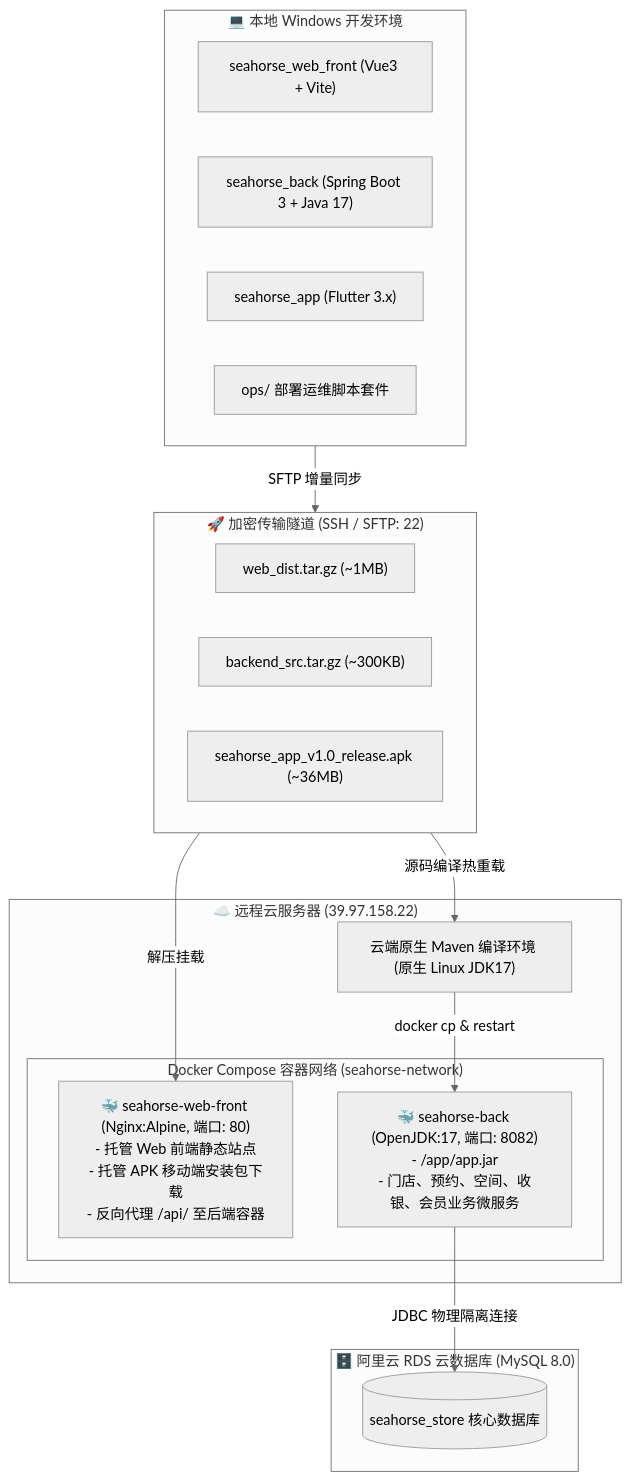
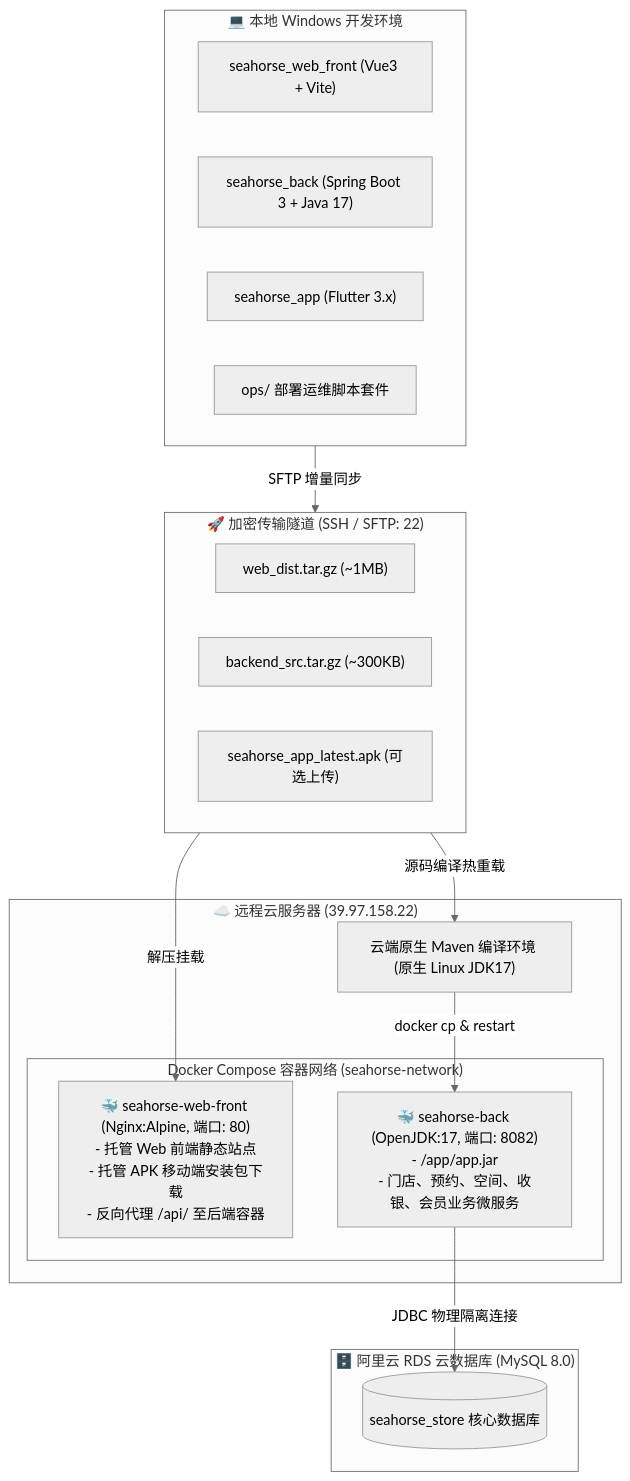
One commit to wmsir/Seahorse changed the diagram in docs/DOCKER_DEPLOY_TUTORIAL.md. Above: the diagram before and after it, drawn with Mermaid (neutral theme). The commit also changed other lines of this file and 297 other files, not shown here.

````diff
--- a/docs/DOCKER_DEPLOY_TUTORIAL.md
+++ b/docs/DOCKER_DEPLOY_TUTORIAL.md
@@ -15,33 +15,33 @@
 ```mermaid
 flowchart TD
     subgraph Local["💻 本地 Windows 开发环境"]
         SrcFront["seahorse_web_front (Vue3 + Vite)"]
         SrcBack["seahorse_back (Spring Boot 3 + Java 17)"]
         SrcApp["seahorse_app (Flutter 3.x)"]
         OpsTool["ops/ 部署运维脚本套件"]
     end
 
     subgraph Transport["🚀 加密传输隧道 (SSH / SFTP: 22)"]
         PackFront["web_dist.tar.gz (~1MB)"]
         PackBack["backend_src.tar.gz (~300KB)"]
-        PackApp["seahorse_app_v1.0_release.apk (~36MB)"]
+        PackApp["seahorse_app_latest.apk (可选上传)"]
     end
 
     subgraph Remote["☁️ 远程云服务器 (39.97.158.22)"]
         subgraph DockerNet["Docker Compose 容器网络 (seahorse-network)"]
             NginxBox["🐳 seahorse-web-front (Nginx:Alpine, 端口: 80)\n- 托管 Web 前端静态站点\n- 托管 APK 移动端安装包下载\n- 反向代理 /api/ 至后端容器"]
             SpringBox["🐳 seahorse-back (OpenJDK:17, 端口: 8082)\n- /app/app.jar\n- 门店、预约、空间、收银、会员业务微服务"]
         end
         CloudMaven["云端原生 Maven 编译环境 (原生 Linux JDK17)"]
     end
 
     subgraph Database["🗄️ 阿里云 RDS 云数据库 (MySQL 8.0)"]
         RDS[("seahorse_store 核心数据库")]
     end
 
     Local -->|SFTP 增量同步| Transport
     Transport -->|解压挂载| NginxBox
     Transport -->|源码编译热重载| CloudMaven
     CloudMaven -->|docker cp & restart| SpringBox
     SpringBox -->|JDBC 物理隔离连接| RDS
 ```
````
